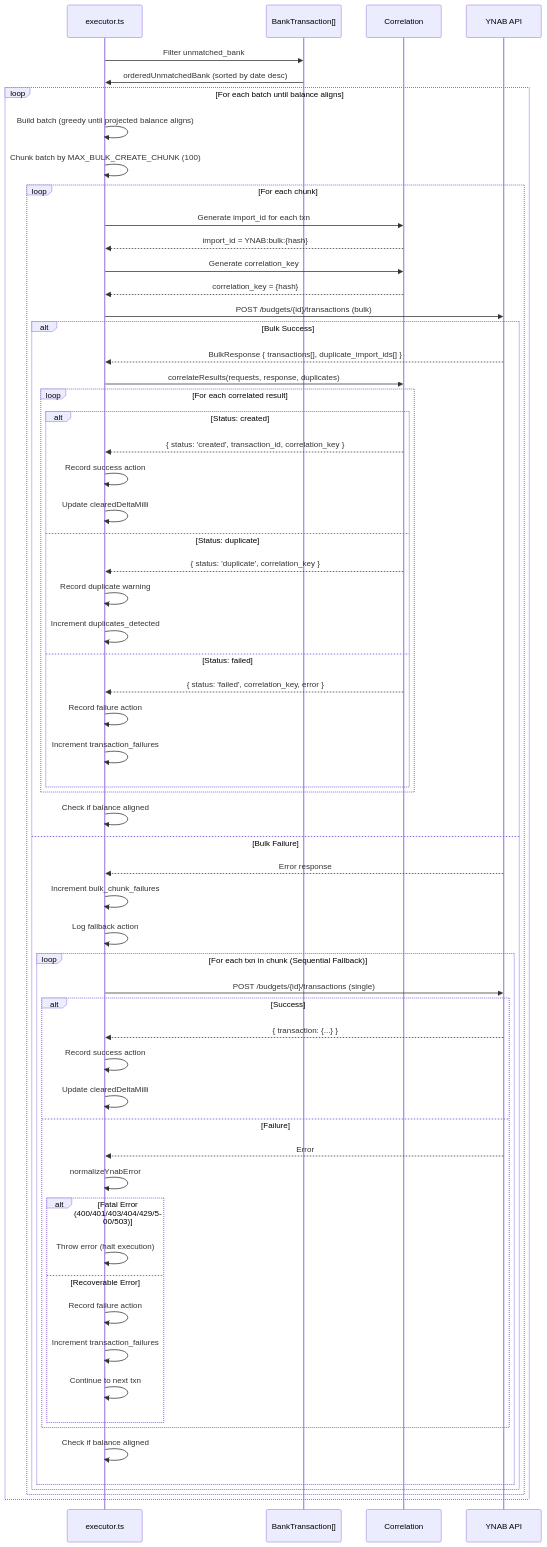
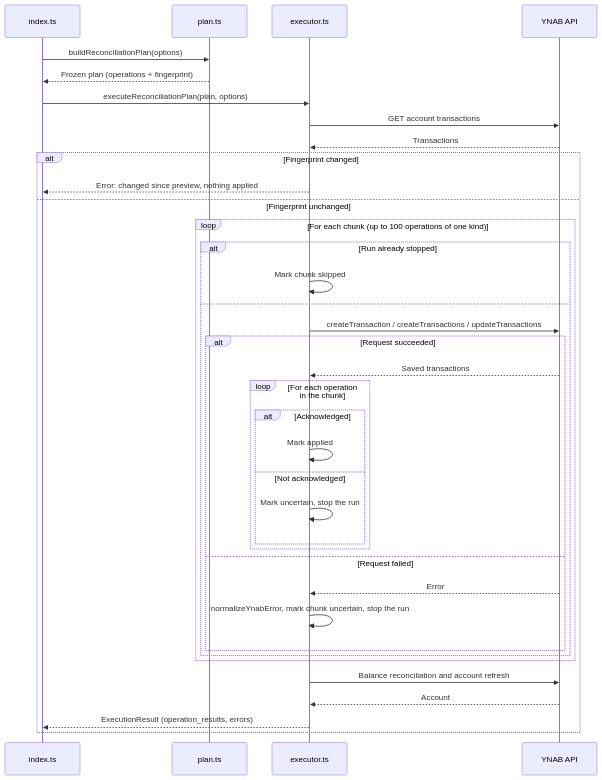
One commit to dizzlkheinz/ynab-mcpb changed diagram 15 of 16 in docs/technical/reconciliation-system-architecture.md. Above: the diagram before and after it, drawn with Mermaid. The commit also changed other lines of this file and 108 other files, not shown here.

````diff
--- a/docs/technical/reconciliation-system-architecture.md
+++ b/docs/technical/reconciliation-system-architecture.md
@@ -1913,75 +1738,41 @@
 ```mermaid
 sequenceDiagram
+    participant H as index.ts
+    participant P as plan.ts
     participant E as executor.ts
-    participant B as BankTransaction[]
-    participant C as Correlation
     participant Y as YNAB API
 
-    E->>B: Filter unmatched_bank
-    B->>E: orderedUnmatchedBank (sorted by date desc)
+    H->>P: buildReconciliationPlan(options)
+    P-->>H: Frozen plan (operations + fingerprint)
+    H->>E: executeReconciliationPlan(plan, options)
 
-    loop For each batch until balance aligns
-        E->>E: Build batch (greedy until projected balance aligns)
-        E->>E: Chunk batch by MAX_BULK_CREATE_CHUNK (100)
-
-        loop For each chunk
-            E->>C: Generate import_id for each txn
-            C-->>E: import_id = YNAB:bulk:{hash}
-
-            E->>C: Generate correlation_key
-            C-->>E: correlation_key = {hash}
-
-            E->>Y: POST /budgets/{id}/transactions (bulk)
-
-            alt Bulk Success
-                Y-->>E: BulkResponse { transactions[], duplicate_import_ids[] }
-                E->>C: correlateResults(requests, response, duplicates)
-
-                loop For each correlated result
-                    alt Status: created
-                        C-->>E: { status: 'created', transaction_id, correlation_key }
-                        E->>E: Record success action
-                        E->>E: Update clearedDeltaMilli
-                    else Status: duplicate
-                        C-->>E: { status: 'duplicate', correlation_key }
-                        E->>E: Record duplicate warning
-                        E->>E: Increment duplicates_detected
-                    else Status: failed
-                        C-->>E: { status: 'failed', correlation_key, error }
-                        E->>E: Record failure action
-                        E->>E: Increment transaction_failures
-                    end
-                end
-
-                E->>E: Check if balance aligned
-            else Bulk Failure
-                Y-->>E: Error response
-                E->>E: Increment bulk_chunk_failures
-                E->>E: Log fallback action
-
-                loop For each txn in chunk (Sequential Fallback)
-                    E->>Y: POST /budgets/{id}/transactions (single)
-
-                    alt Success
-                        Y-->>E: { transaction: {...} }
-                        E->>E: Record success action
-                        E->>E: Update clearedDeltaMilli
-                    else Failure
-                        Y-->>E: Error
-                        E->>E: normalizeYnabError
-
-                        alt Fatal Error (400/401/403/404/429/500/503)
-                            E->>E: Throw error (halt execution)
-                        else Recoverable Error
-                            E->>E: Record failure action
-                            E->>E: Increment transaction_failures
-                            E->>E: Continue to next txn
+    E->>Y: GET account transactions
+    Y-->>E: Transactions
+    alt Fingerprint changed
+        E-->>H: Error: changed since preview, nothing applied
+    else Fingerprint unchanged
+        loop For each chunk (up to 100 operations of one kind)
+            alt Run already stopped
+                E->>E: Mark chunk skipped
+            else
+                E->>Y: createTransaction / createTransactions / updateTransactions
+                alt Request succeeded
+                    Y-->>E: Saved transactions
+                    loop For each operation in the chunk
+                        alt Acknowledged
+                            E->>E: Mark applied
+                        else Not acknowledged
+                            E->>E: Mark uncertain, stop the run
                         end
                     end
-
-                    E->>E: Check if balance aligned
+                else Request failed
+                    Y-->>E: Error
+                    E->>E: normalizeYnabError, mark chunk uncertain, stop the run
                 end
             end
         end
+        E->>Y: Balance reconciliation and account refresh
+        Y-->>E: Account
+        E-->>H: ExecutionResult (operation_results, errors)
     end
 ```
````
